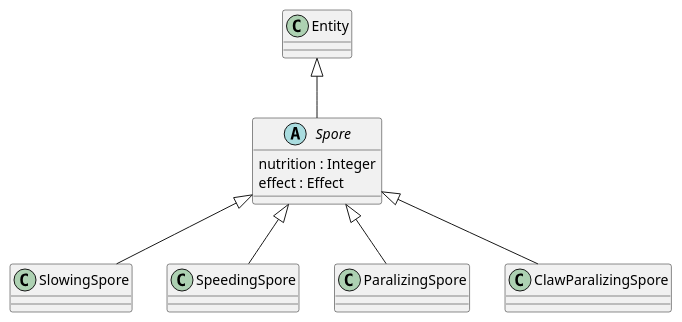
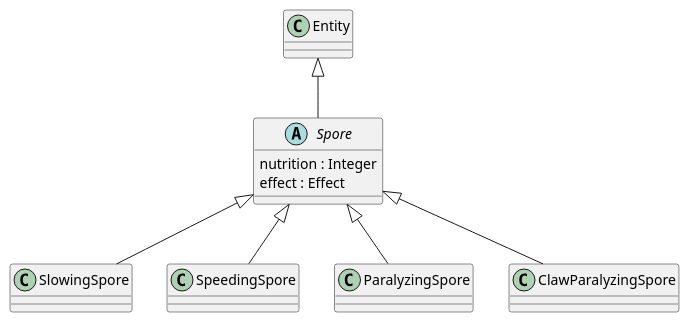
Before and after one commit to Petya-G/fungorium: the diagram in 3/classes/spore.puml, drawn with PlantUML. The commit also changed 1 other file, not shown here.

```diff
--- a/3/classes/spore.puml
+++ b/3/classes/spore.puml
@@ -1,25 +1,25 @@
 @startuml spore
 
 Entity <|-- Spore
 
 abstract class Spore{
     nutrition : Integer
     effect : Effect
 }
 
 Spore <|--SlowingSpore
 class SlowingSpore{
 }
 
 Spore <|--SpeedingSpore
 class SpeedingSpore{
 }
 
-Spore <|--ParalizingSpore
-class ParalizingSpore{
+Spore <|--ParalyzingSpore
+class ParalyzingSpore{
 }
 
-Spore <|--ClawParalizingSpore
-class ClawParalizingSpore{
+Spore <|--ClawParalyzingSpore
+class ClawParalyzingSpore{
 }
 @enduml	
```
